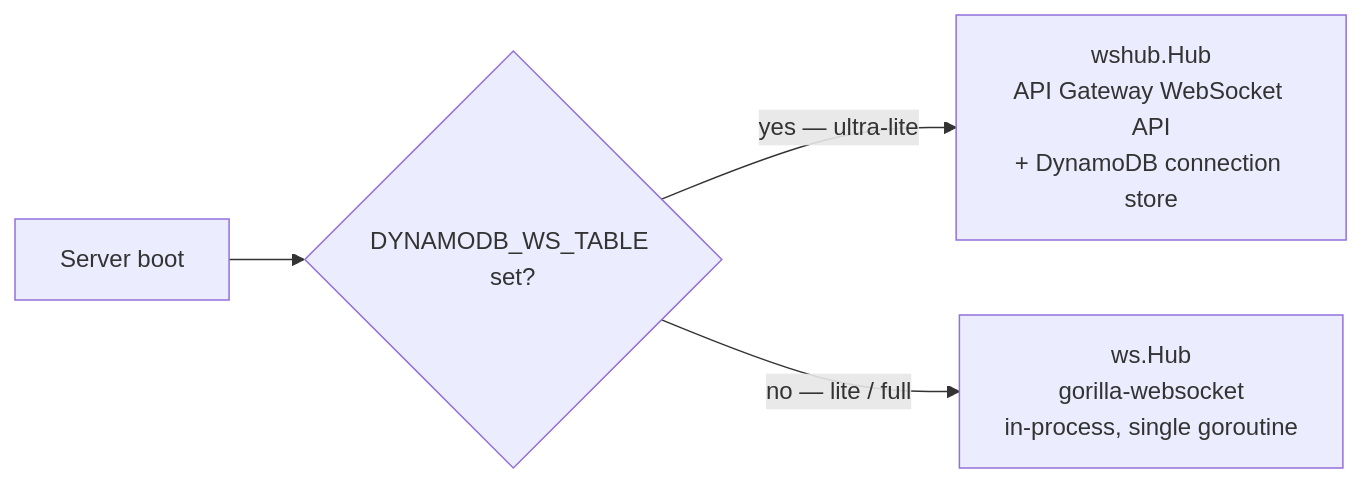
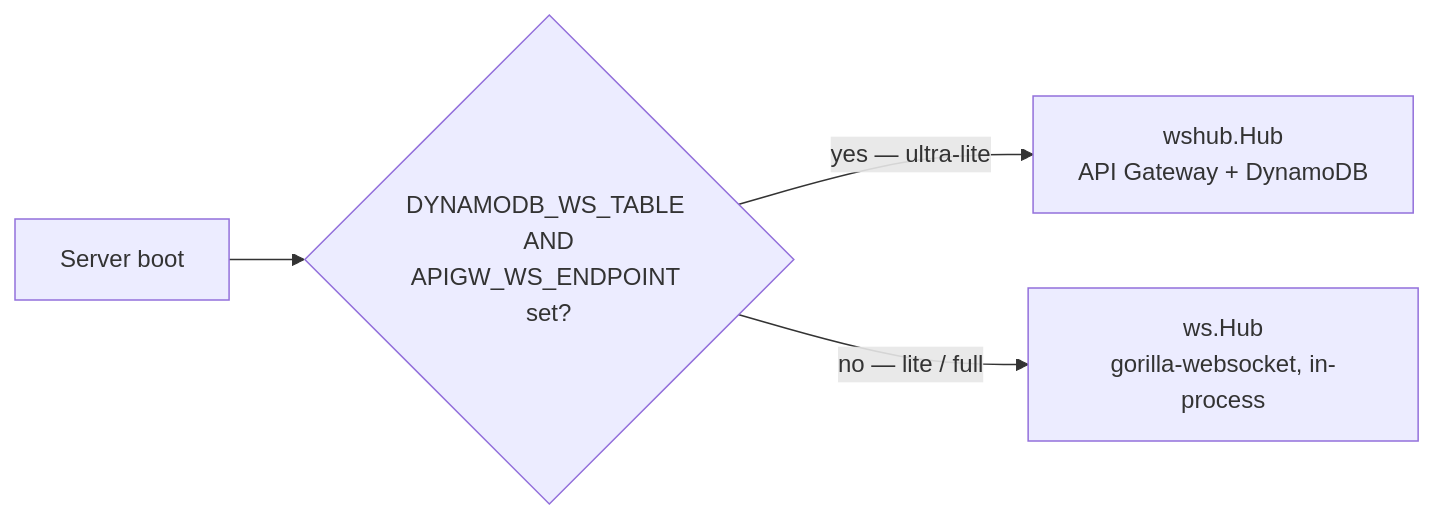
One commit to jwhigham93/Globify changed the fifth of 6 diagrams in ENGINEERING_NOTES.md. Above: the diagram before and after it, drawn with Mermaid. The commit also changed other lines of this file and 4 other files, not shown here.

First line of the commit message:
docs: cross-link READMEs, document ultra-lite's API Gateway/DynamoDB pivot (#27)

````diff
--- a/ENGINEERING_NOTES.md
+++ b/ENGINEERING_NOTES.md
@@ -66,6 +223,6 @@
 ```mermaid
 flowchart LR
-    Boot["Server boot"] --> Check{"DYNAMODB_WS_TABLE set?"}
-    Check -->|"yes — ultra-lite"| DDB["wshub.Hub\nAPI Gateway WebSocket API\n+ DynamoDB connection store"]
-    Check -->|"no — lite / full"| Gorilla["ws.Hub\ngorilla-websocket\nin-process, single goroutine"]
+    Boot["Server boot"] --> Check{"DYNAMODB_WS_TABLE AND<br/>APIGW_WS_ENDPOINT set?"}
+    Check -->|yes — ultra-lite| DDB["wshub.Hub<br/>API Gateway + DynamoDB"]
+    Check -->|no — lite / full| Gorilla["ws.Hub<br/>gorilla-websocket, in-process"]
 ```
````
